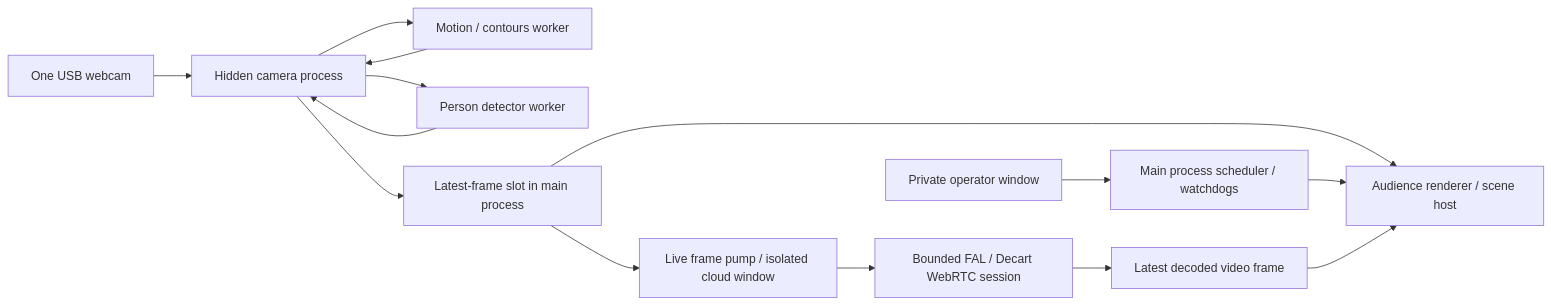
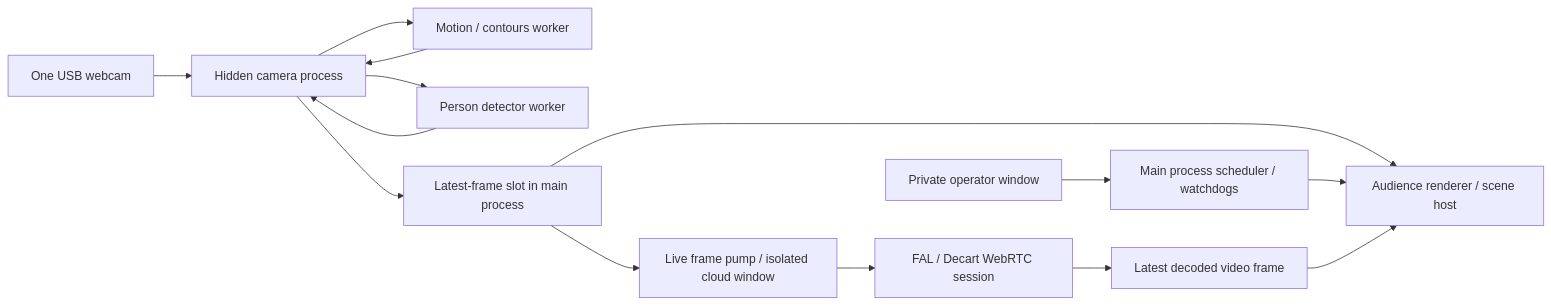
The diagram in docs/ARCHITECTURE.md (tsmithv11/reverie-projector-activation), drawn with Mermaid before and after one commit. The commit also changed other lines of this file and 23 other files, not shown here.

````diff
--- a/docs/ARCHITECTURE.md
+++ b/docs/ARCHITECTURE.md
@@ -5,16 +5,16 @@
 ```mermaid
 flowchart LR
   Webcam[One USB webcam] --> Engine[Hidden camera process]
   Engine --> Motion[Motion / contours worker]
   Engine --> Detector[Person detector worker]
   Motion --> Engine
   Detector --> Engine
   Engine --> Latest[Latest-frame slot in main process]
   Latest --> Projector[Audience renderer / scene host]
   Main[Main process scheduler / watchdogs] --> Projector
   Console[Private operator window] --> Main
   Latest --> Live[Live frame pump / isolated cloud window]
-  Live --> Lucy[Bounded FAL / Decart WebRTC session]
+  Live --> Lucy[FAL / Decart WebRTC session]
   Lucy --> Output[Latest decoded video frame]
   Output --> Projector
 ```
````
